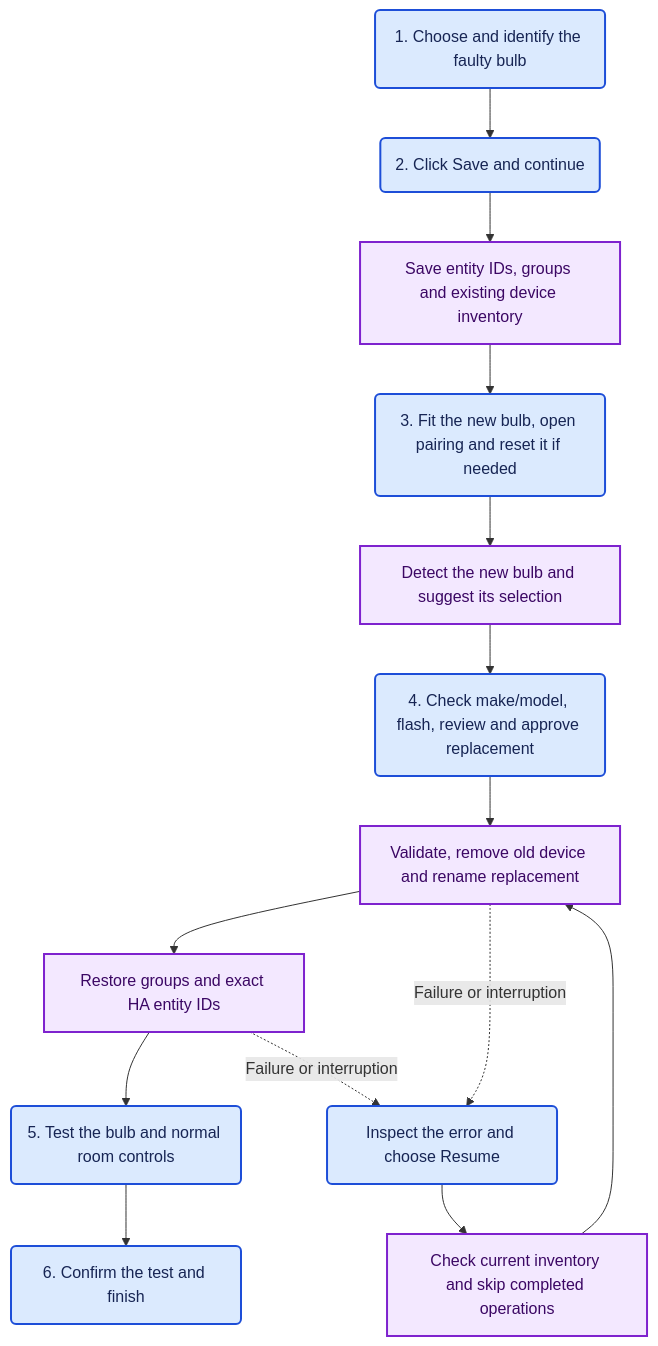
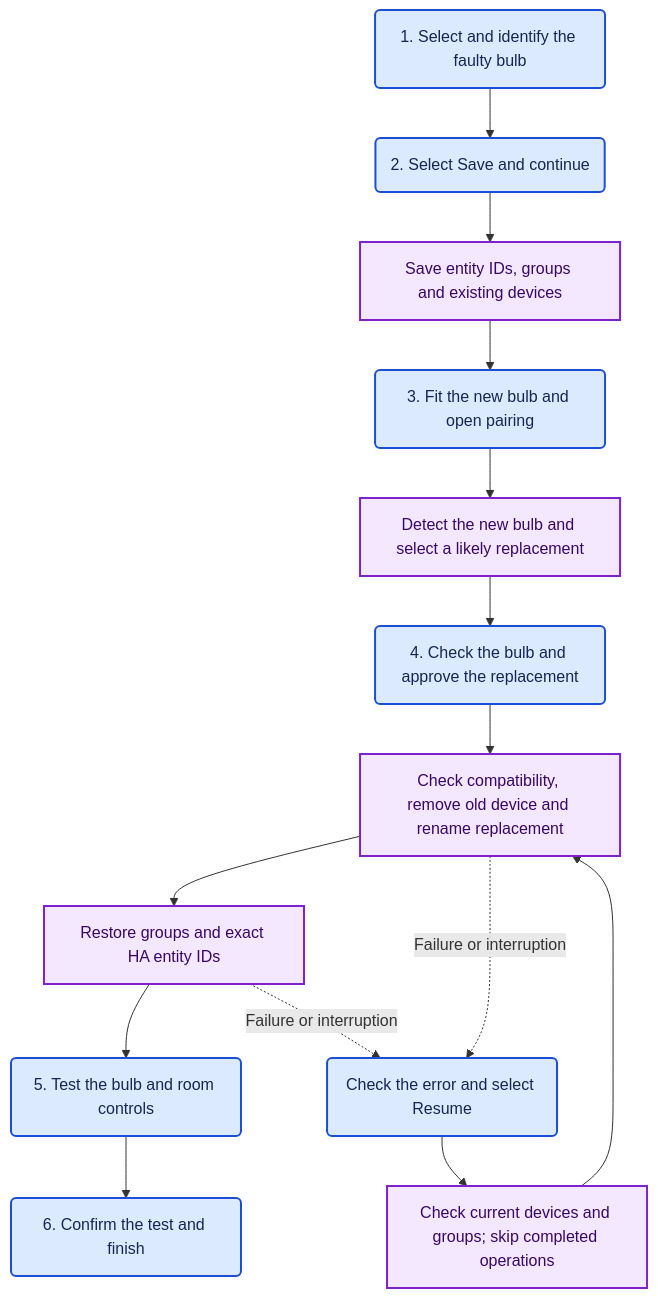
The diagram in README.md (simonjgreen/z2m-device-swap), drawn with Mermaid before and after one commit. The commit also changed other lines of this file, not shown here.

````diff
--- a/README.md
+++ b/README.md
@@ -60,21 +78,21 @@
 ```mermaid
 flowchart TD
-    H1("1. Choose and identify the faulty bulb") --> H2("2. Click Save and continue")
-    H2 --> S1[Save entity IDs, groups and existing device inventory]
-    S1 --> H3("3. Fit the new bulb, open pairing and reset it if needed")
-    H3 --> S2[Detect the new bulb and suggest its selection]
-    S2 --> H4("4. Check make/model, flash, review and approve replacement")
-    H4 --> S3[Validate, remove old device and rename replacement]
+    H1("1. Select and identify the faulty bulb") --> H2("2. Select Save and continue")
+    H2 --> S1[Save entity IDs, groups and existing devices]
+    S1 --> H3("3. Fit the new bulb and open pairing")
+    H3 --> S2[Detect the new bulb and select a likely replacement]
+    S2 --> H4("4. Check the bulb and approve the replacement")
+    H4 --> S3[Check compatibility, remove old device and rename replacement]
     S3 --> S4[Restore groups and exact HA entity IDs]
-    S4 --> H5("5. Test the bulb and normal room controls")
+    S4 --> H5("5. Test the bulb and room controls")
     H5 --> H6("6. Confirm the test and finish")
-    S3 -. Failure or interruption .-> HR("Inspect the error and choose Resume")
+    S3 -. Failure or interruption .-> HR("Check the error and select Resume")
     S4 -. Failure or interruption .-> HR
-    HR --> SR[Check current inventory and skip completed operations]
+    HR --> SR[Check current devices and groups; skip completed operations]
     SR --> S3
 
     classDef human fill:#dbeafe,stroke:#1d4ed8,color:#172554,stroke-width:2px
     classDef system fill:#f3e8ff,stroke:#7e22ce,color:#3b0764,stroke-width:2px
     class H1,H2,H3,H4,H5,H6,HR human
     class S1,S2,S3,S4,SR system
 ```
````
